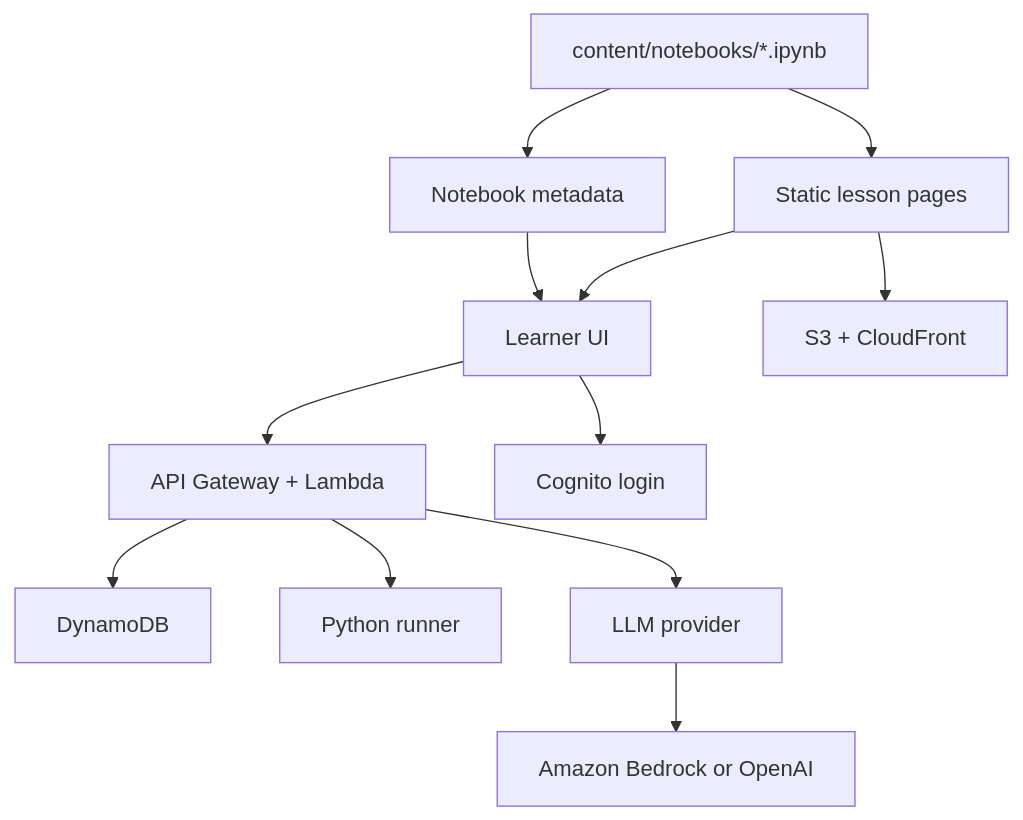
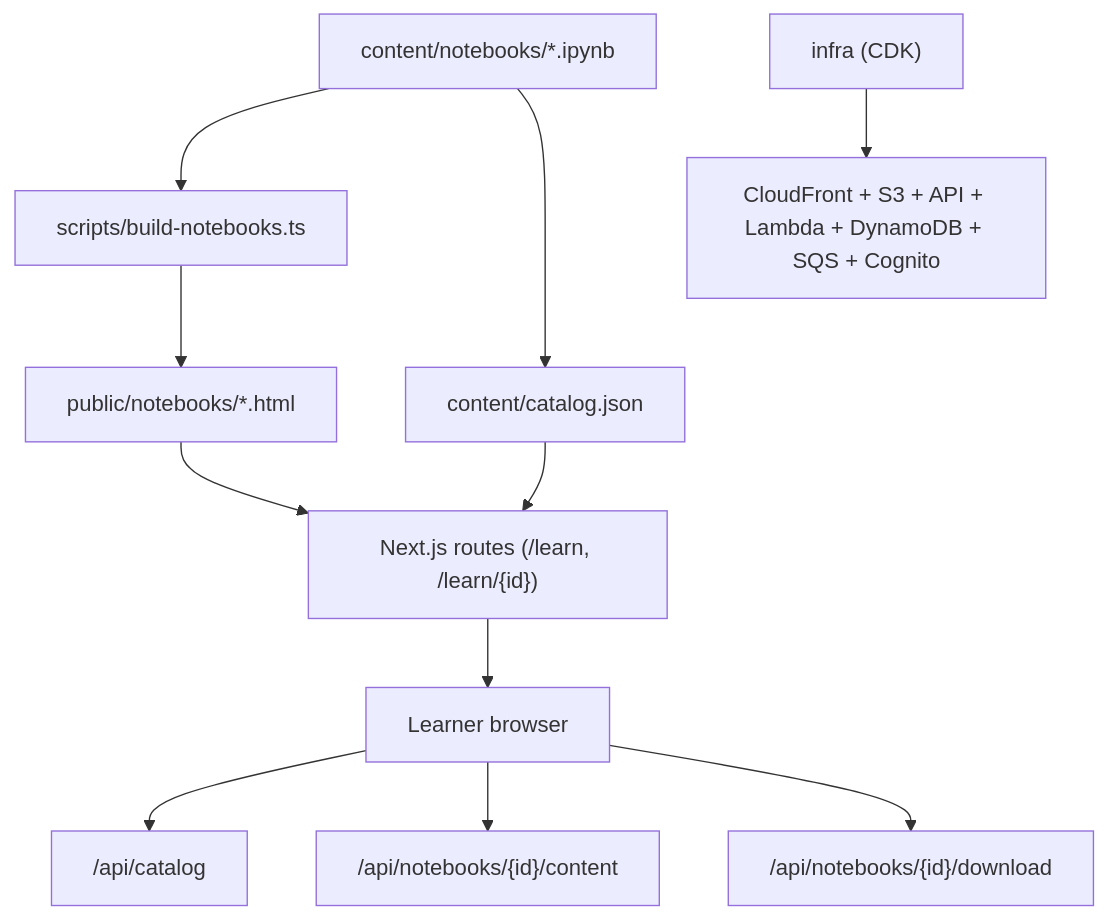
One commit to mani1261790/Noema changed the second of 3 diagrams in README.md. Above: the diagram before and after it, drawn with Mermaid. The commit also changed other lines of this file and 3 other files, not shown here.

Commit message:
docs: refresh architecture/api docs and README doc links

````diff
--- a/README.md
+++ b/README.md
@@ -33,14 +32,13 @@
 ```mermaid
 flowchart TD
-  A["content/notebooks/*.ipynb"] --> B["Static lesson pages"]
-  A --> C["Notebook metadata"]
-  B --> D["Learner UI"]
-  C --> D
-  D --> E["API Gateway + Lambda"]
-  E --> F["DynamoDB"]
-  E --> G["Python runner"]
-  E --> H["LLM provider"]
-  H --> I["Amazon Bedrock or OpenAI"]
-  B --> J["S3 + CloudFront"]
-  D --> K["Cognito login"]
+  A["content/notebooks/*.ipynb"] --> B["scripts/build-notebooks.ts"]
+  B --> C["public/notebooks/*.html"]
+  A --> D["content/catalog.json"]
+  D --> E["Next.js routes (/learn, /learn/{id})"]
+  C --> E
+  E --> F["Learner browser"]
+  F --> G["/api/catalog"]
+  F --> H["/api/notebooks/{id}/content"]
+  F --> I["/api/notebooks/{id}/download"]
+  J["infra (CDK)"] --> K["CloudFront + S3 + API + Lambda + DynamoDB + SQS + Cognito"]
 ```
````
